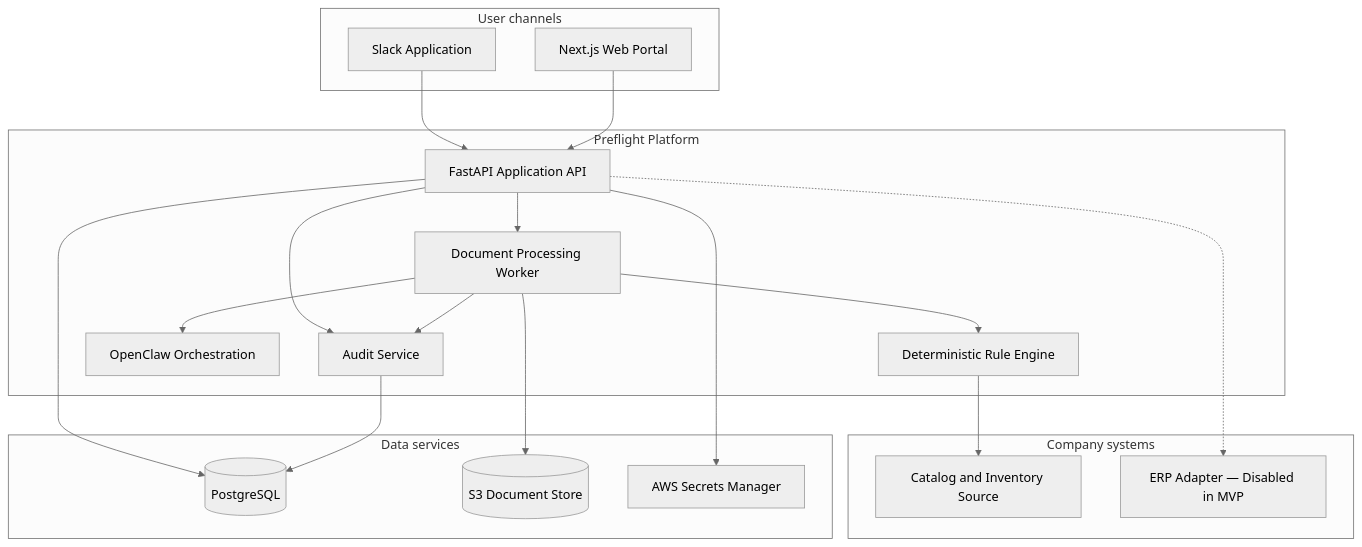
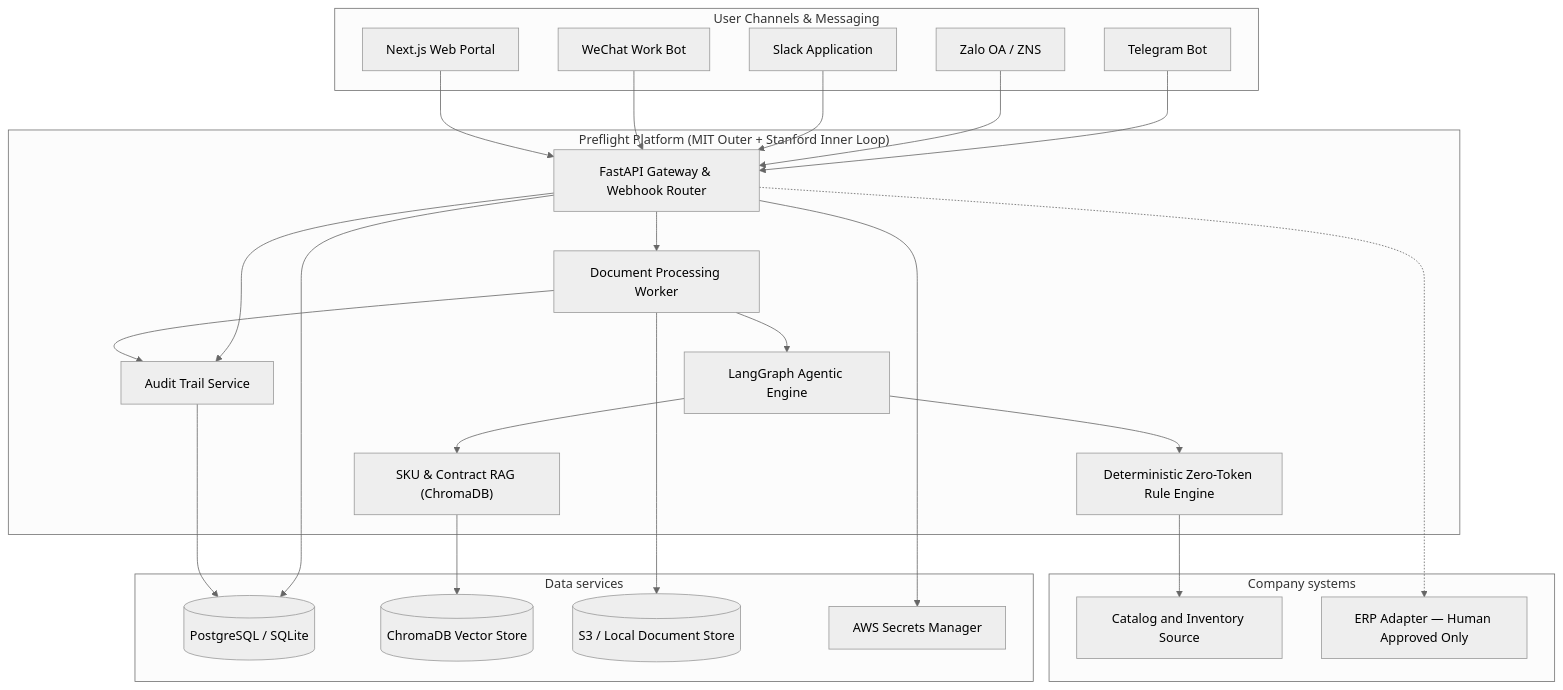
The second of 5 diagrams in docs/architecture.md (brianhuynh2021/po-preflight), drawn with Mermaid (neutral theme) before and after one commit. The commit also changed other lines of this file and 2 other files, not shown here.

Commit message:
docs: add comprehensive Vietnamese project specification, agentic RAG flow, cost optimization and multi-channel approval (Telegram, Zalo, Slack, WeChat)

````diff
--- a/docs/architecture.md
+++ b/docs/architecture.md
@@ -33,40 +33,50 @@
 ```mermaid
 flowchart TB
-    subgraph Channels["User channels"]
+    subgraph Channels["User Channels & Messaging"]
+        TelegramBot["Telegram Bot"]
+        ZaloOA["Zalo OA / ZNS"]
         SlackApp["Slack Application"]
+        WeChatBot["WeChat Work Bot"]
         WebApp["Next.js Web Portal"]
     end
 
-    subgraph Platform["Preflight Platform"]
-        API["FastAPI Application API"]
+    subgraph Platform["Preflight Platform (MIT Outer + Stanford Inner Loop)"]
+        API["FastAPI Gateway & Webhook Router"]
         Worker["Document Processing Worker"]
-        Rules["Deterministic Rule Engine"]
-        Orchestrator["OpenClaw Orchestration"]
-        Audit["Audit Service"]
+        AgentEngine["LangGraph Agentic Engine"]
+        RAGService["SKU & Contract RAG (ChromaDB)"]
+        Rules["Deterministic Zero-Token Rule Engine"]
+        Audit["Audit Trail Service"]
     end
 
     subgraph Data["Data services"]
-        DB[("PostgreSQL")]
-        Files[("S3 Document Store")]
+        DB[("PostgreSQL / SQLite")]
+        VectorStore[("ChromaDB Vector Store")]
+        Files[("S3 / Local Document Store")]
         Secrets["AWS Secrets Manager"]
     end
 
     subgraph External["Company systems"]
         CatalogAPI["Catalog and Inventory Source"]
-        ERPAPI["ERP Adapter — Disabled in MVP"]
+        ERPAPI["ERP Adapter — Human Approved Only"]
     end
 
+    TelegramBot --> API
+    ZaloOA --> API
     SlackApp --> API
+    WeChatBot --> API
     WebApp --> API
     API --> Worker
-    Worker --> Orchestrator
-    Worker --> Rules
+    Worker --> AgentEngine
+    AgentEngine --> RAGService
+    AgentEngine --> Rules
+    RAGService --> VectorStore
     Rules --> CatalogAPI
     API --> Audit
     Worker --> Audit
     API --> DB
     Audit --> DB
     Worker --> Files
     API --> Secrets
     API -.-> ERPAPI
 ```
````
